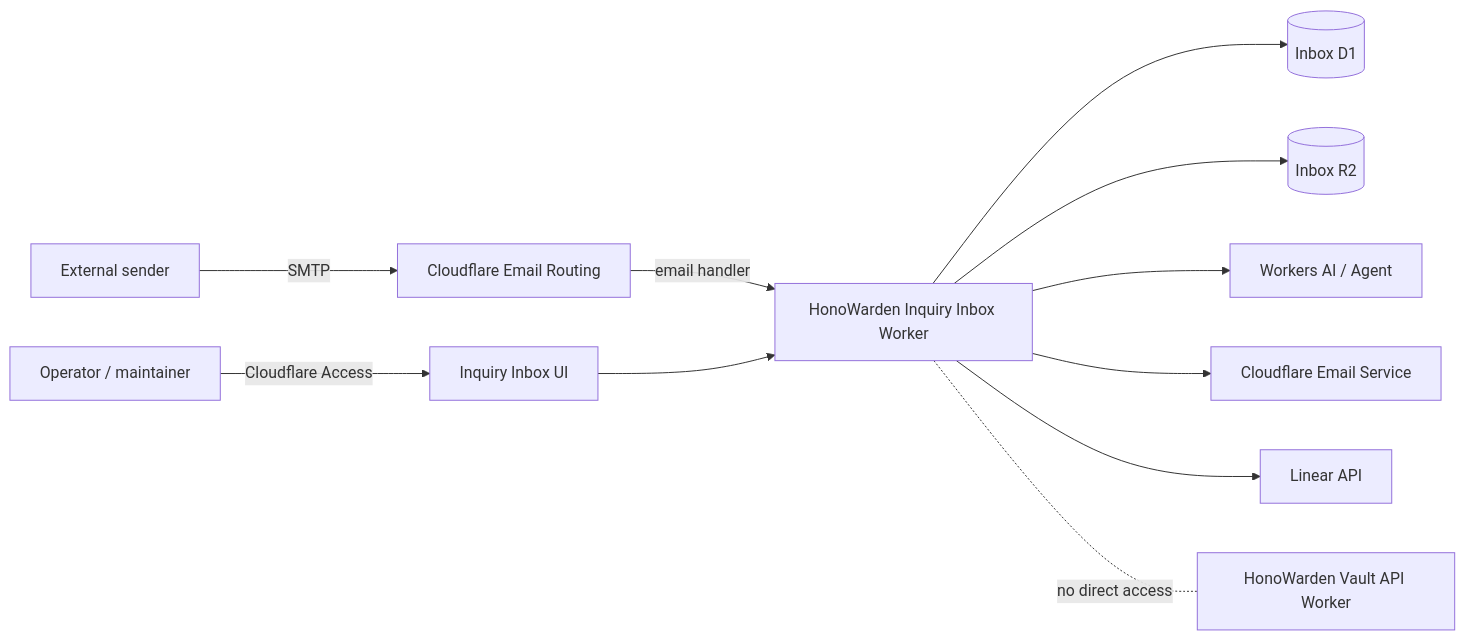
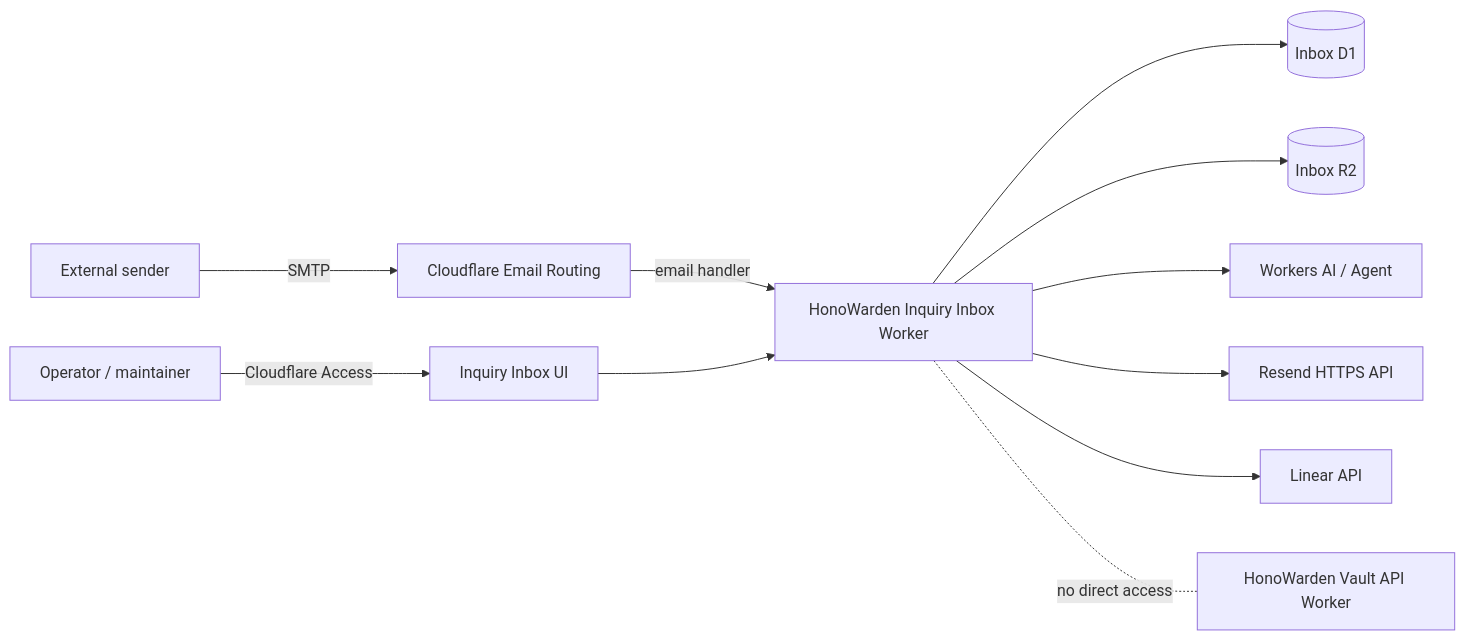
Before and after one commit to kazu-42/HonoWarden: the first of 4 diagrams in docs/operations/ai-inquiry-inbox.md, drawn with Mermaid. The commit also changed other lines of this file and 14 other files, not shown here.

````diff
--- a/docs/operations/ai-inquiry-inbox.md
+++ b/docs/operations/ai-inquiry-inbox.md
@@ -51,13 +64,13 @@
 ```mermaid
 flowchart LR
   Sender[External sender] -->|SMTP| CloudflareEmail[Cloudflare Email Routing]
   CloudflareEmail -->|email handler| InboxWorker[HonoWarden Inquiry Inbox Worker]
   Operator[Operator / maintainer] -->|Cloudflare Access| InboxUI[Inquiry Inbox UI]
   InboxUI --> InboxWorker
   InboxWorker --> InboxState[(Inbox D1)]
   InboxWorker --> InboxObjects[(Inbox R2)]
   InboxWorker --> AI[Workers AI / Agent]
-  InboxWorker --> EmailService[Cloudflare Email Service]
+  InboxWorker --> OutboundProvider[Resend HTTPS API]
   InboxWorker --> Linear[Linear API]
   InboxWorker -. no direct access .- VaultApi[HonoWarden Vault API Worker]
 ```
````
